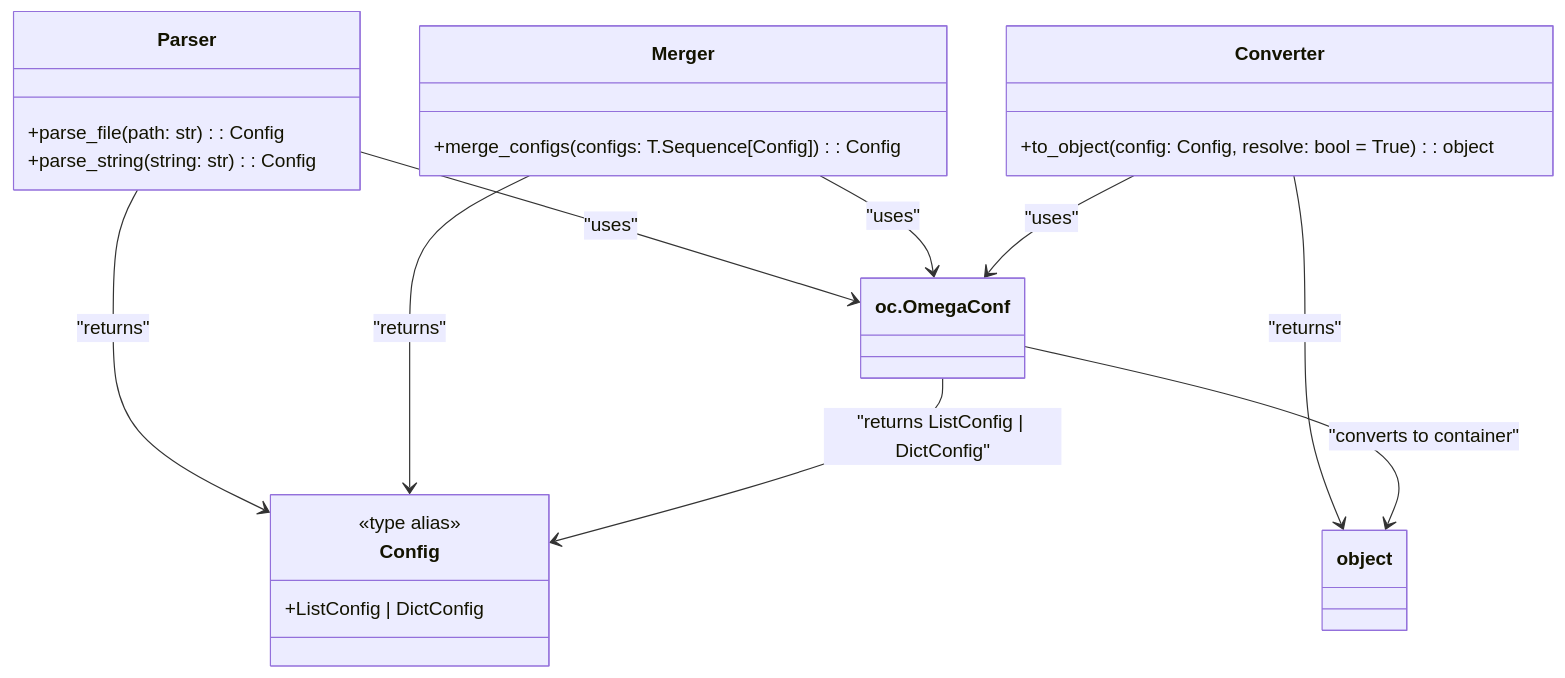
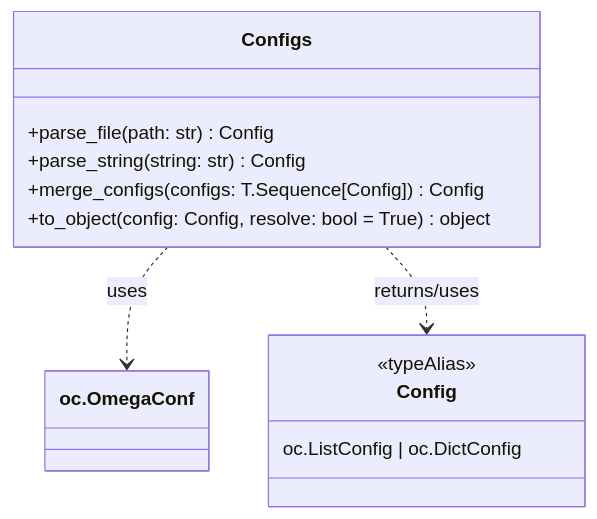
The diagram in Documents/Configs_stories.md (lgcorzo/mlops-python-package), drawn with Mermaid before and after one commit. The commit also changed other lines of this file and 21 other files, not shown here.

````diff
--- a/Documents/Configs_stories.md
+++ b/Documents/Configs_stories.md
@@ -17,40 +17,19 @@
 ```mermaid
 classDiagram
-    %% Functions - Parsers
-    class Parser {
-        +parse_file(path: str): Config
-        +parse_string(string: str): Config
+    %% Module functions
+    class Configs {
+        +parse_file(path: str) Config
+        +parse_string(string: str) Config
+        +merge_configs(configs: T.Sequence[Config]) Config
+        +to_object(config: Config, resolve: bool = True) object
     }
 
-    Parser --> oc.OmegaConf : "uses"
-
-    %% Config
+    %% Config Type Alias
     class Config {
-        <<type alias>>
-        +ListConfig | DictConfig
+        <<typeAlias>>
+        oc.ListConfig | oc.DictConfig
     }
 
-    %% Functions - Mergers
-    class Merger {
-        +merge_configs(configs: T.Sequence[Config]): Config
-    }
-
-    Merger --> oc.OmegaConf : "uses"
-
-    %% Functions - Converters
-    class Converter {
-        +to_object(config: Config, resolve: bool = True): object
-    }
-
-    Converter --> oc.OmegaConf : "uses"
-
-    %% Relationships
-    Parser --> Config : "returns"
-    Merger --> Config : "returns"
-    Converter --> object : "returns"
-    
-    %% Dependencies on OmegaConf
-    oc.OmegaConf --> Config : "returns ListConfig | DictConfig"
-    oc.OmegaConf --> object : "converts to container"
-
+    Configs ..> oc.OmegaConf : uses
+    Configs ..> Config : returns/uses
 ```
````
